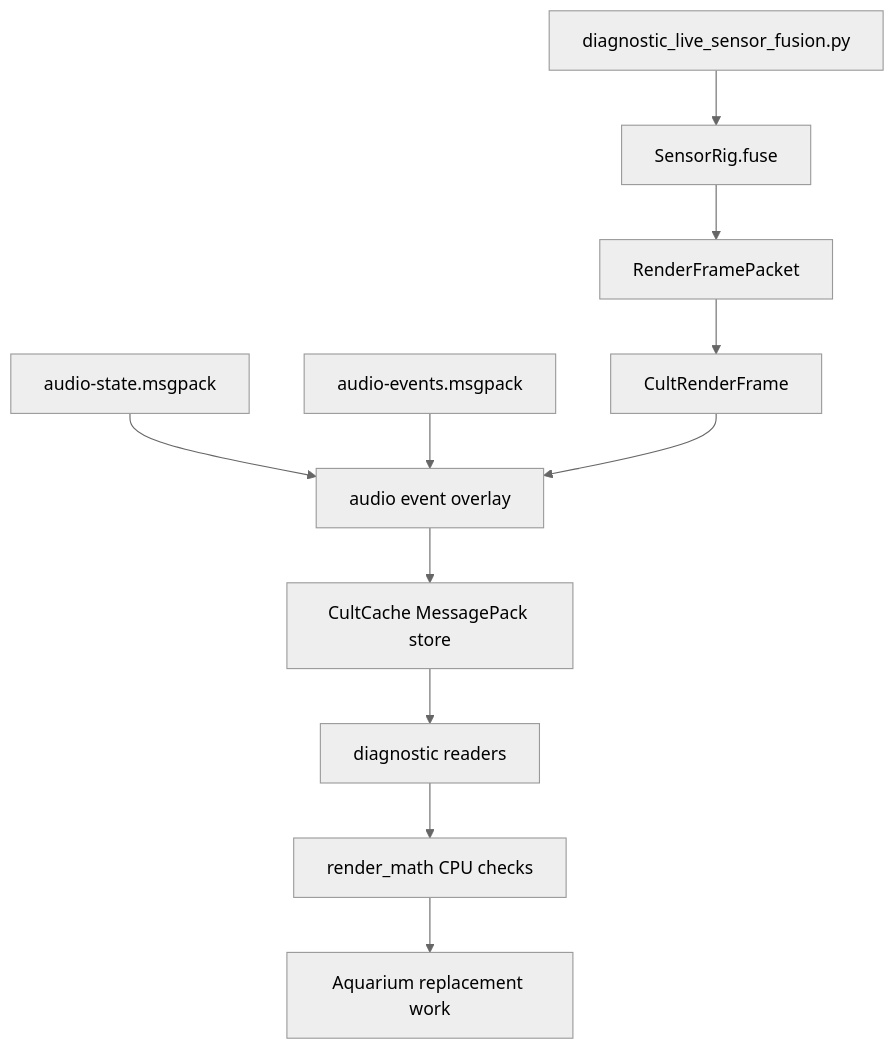
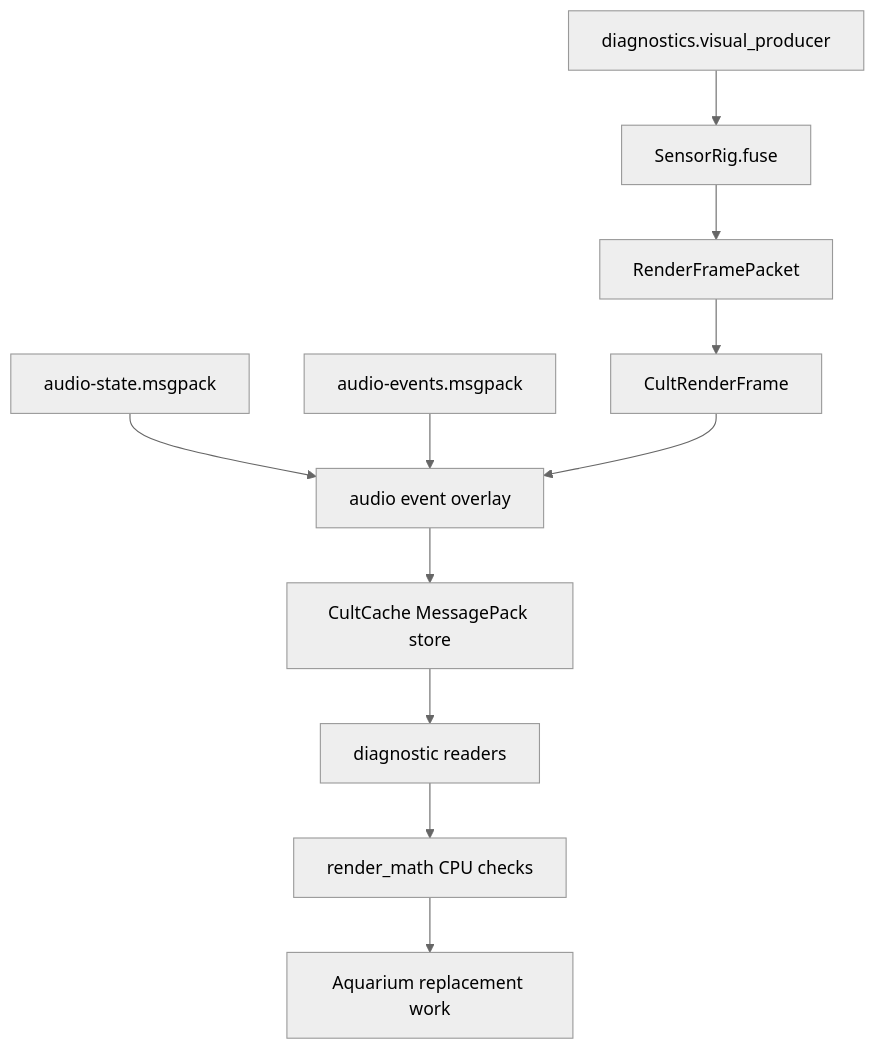
One commit to GameCult/Mimir changed the diagram in docs/typed-visual-state.md. Above: the diagram before and after it, drawn with Mermaid (neutral theme). The commit also changed 9 other files, not shown here.

Commit message:
Move visual producer into diagnostics

````diff
--- a/docs/typed-visual-state.md
+++ b/docs/typed-visual-state.md
@@ -15,13 +15,13 @@
 ```mermaid
 flowchart TD
-    A["diagnostic_live_sensor_fusion.py"] --> B["SensorRig.fuse"]
+    A["diagnostics.visual_producer"] --> B["SensorRig.fuse"]
     B --> C["RenderFramePacket"]
     C --> D["CultRenderFrame"]
     X["audio-state.msgpack"] --> Y["audio event overlay"]
     Z["audio-events.msgpack"] --> Y
     D --> Y
     Y --> E["CultCache MessagePack store"]
     E --> F["diagnostic readers"]
     F --> G["render_math CPU checks"]
     G --> H["Aquarium replacement work"]
 ```
````
